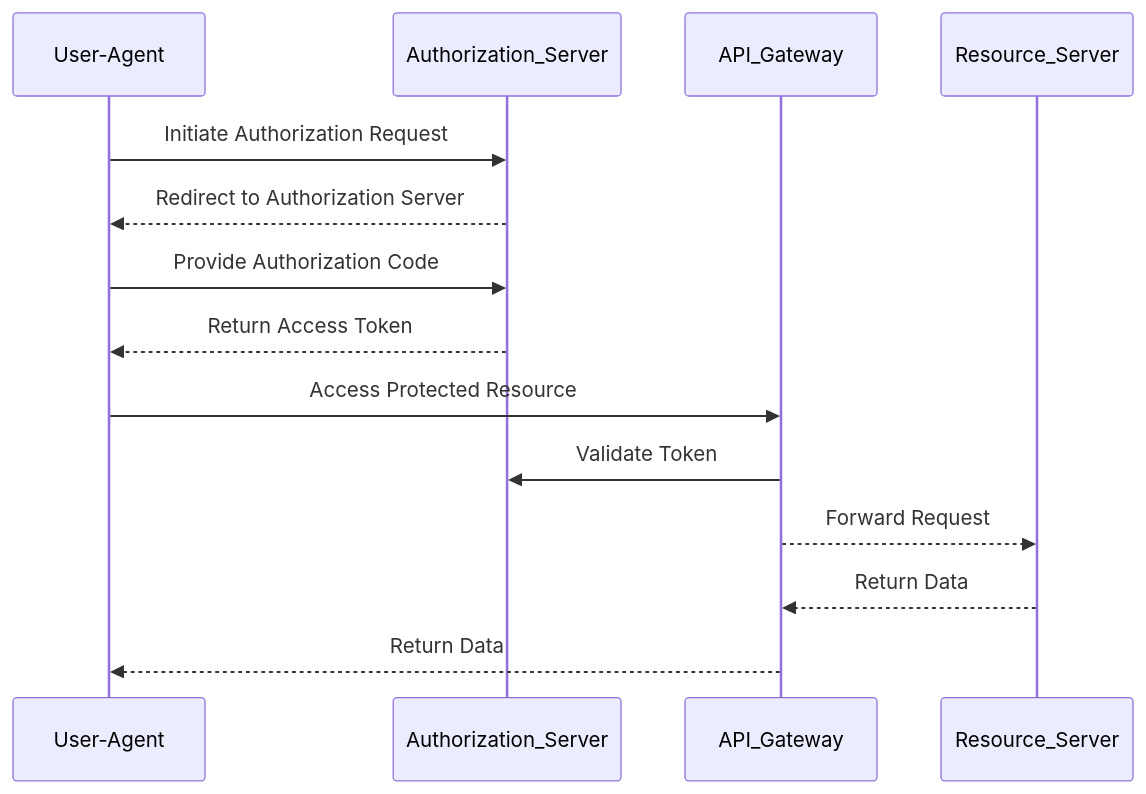
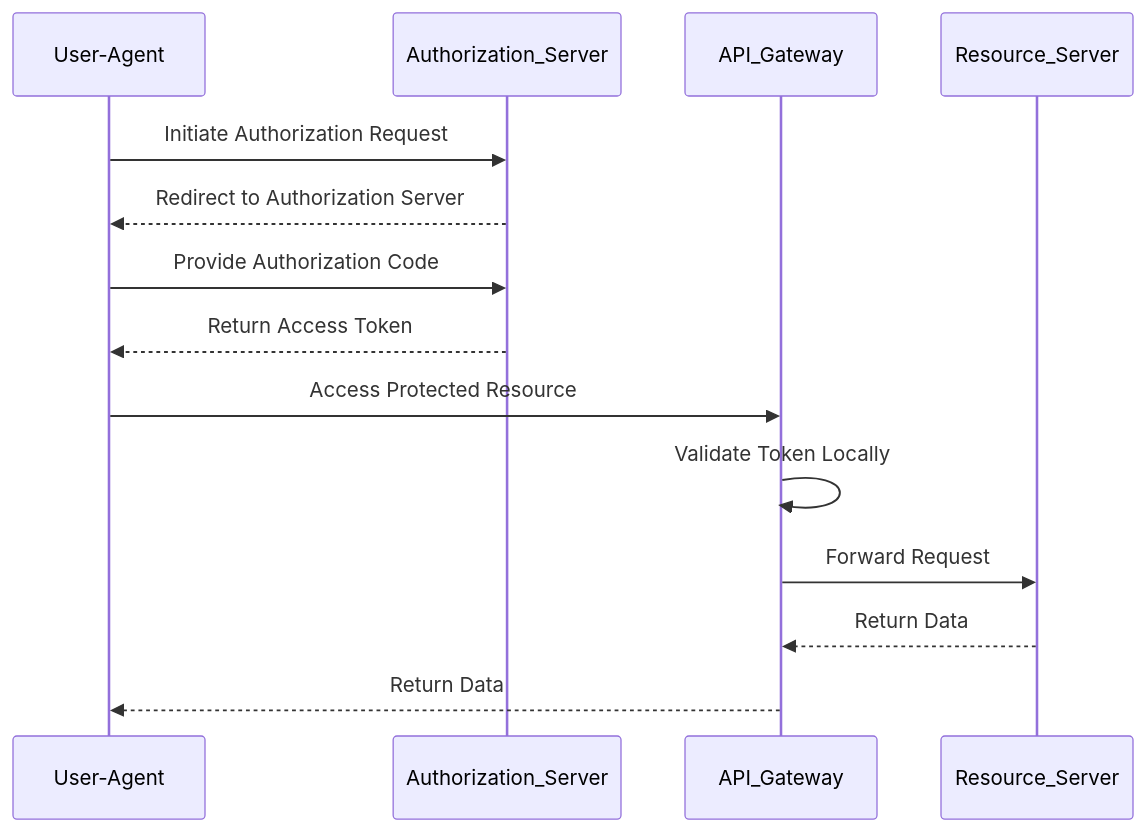
Before and after one commit to sunilchandra007/my-api-playground: the second of 3 diagrams in Authentication.md, drawn with Mermaid. The commit also changed other lines of this file, not shown here.

````diff
--- a/Authentication.md
+++ b/Authentication.md
@@ -13,17 +39,17 @@
 ```mermaid
 sequenceDiagram
     participant User-Agent
     participant Authorization_Server
     participant API_Gateway
     participant Resource_Server
 
     User-Agent ->> Authorization_Server: Initiate Authorization Request
     Authorization_Server -->> User-Agent: Redirect to Authorization Server
     User-Agent ->> Authorization_Server: Provide Authorization Code
     Authorization_Server -->> User-Agent: Return Access Token
     User-Agent ->> API_Gateway: Access Protected Resource
-    API_Gateway ->> Authorization_Server: Validate Token
-    API_Gateway -->> Resource_Server: Forward Request
+    API_Gateway ->> API_Gateway: Validate Token Locally
+    API_Gateway ->> Resource_Server: Forward Request
     Resource_Server -->> API_Gateway: Return Data
     API_Gateway -->> User-Agent: Return Data
 ```
````
